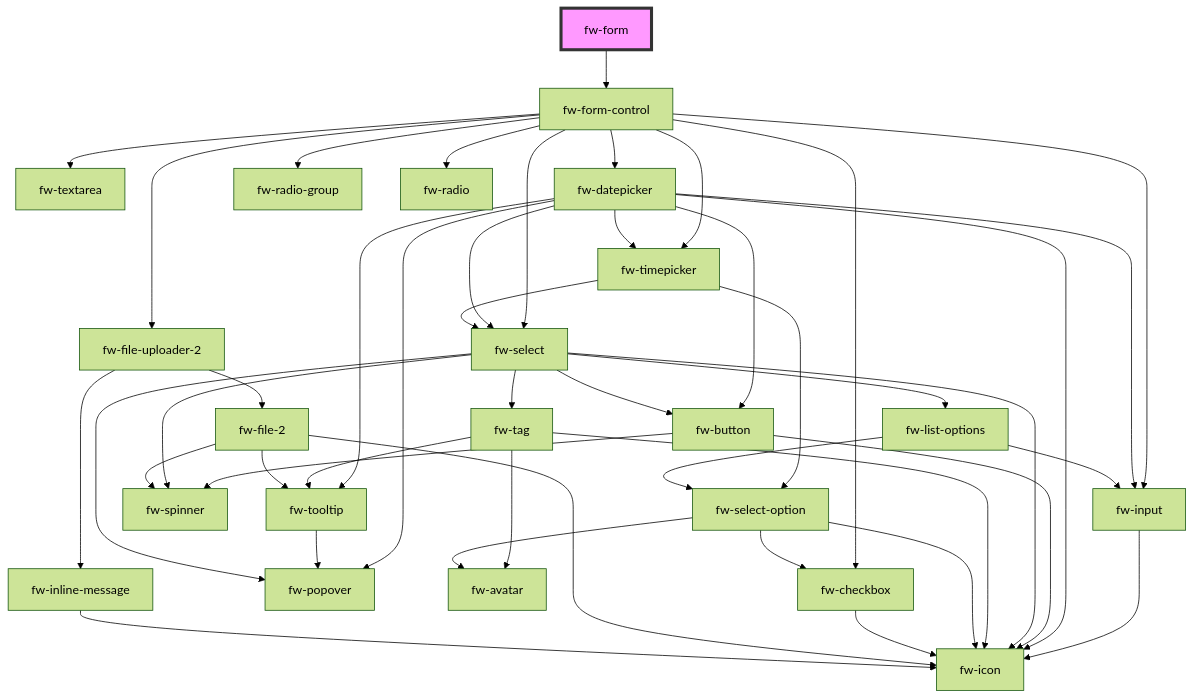
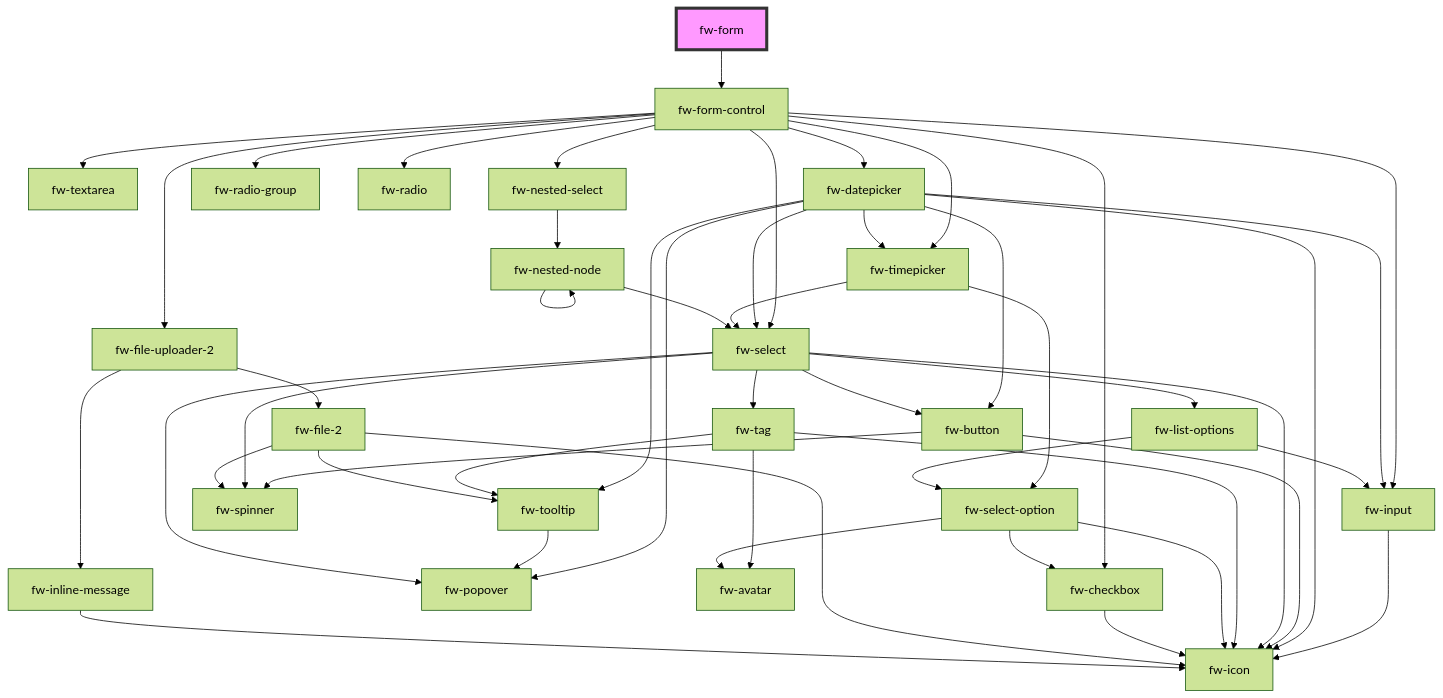
One commit to freshworks/crayons changed the diagram in packages/crayons-core/src/components/form/readme.md. Above: the diagram before and after it, drawn with Mermaid (forest theme). The commit also changed 6 other files, not shown here.

Commit message:
feat: nested select field for dependent dropdown changes

````diff
--- a/packages/crayons-core/src/components/form/readme.md
+++ b/packages/crayons-core/src/components/form/readme.md
@@ -3250,48 +3250,52 @@
 ```mermaid
 graph TD;
   fw-form --> fw-form-control
   fw-form-control --> fw-input
   fw-form-control --> fw-textarea
   fw-form-control --> fw-datepicker
   fw-form-control --> fw-checkbox
   fw-form-control --> fw-radio-group
   fw-form-control --> fw-radio
   fw-form-control --> fw-select
   fw-form-control --> fw-timepicker
   fw-form-control --> fw-file-uploader-2
+  fw-form-control --> fw-nested-select
   fw-input --> fw-icon
   fw-datepicker --> fw-tooltip
   fw-datepicker --> fw-icon
   fw-datepicker --> fw-button
   fw-datepicker --> fw-input
   fw-datepicker --> fw-timepicker
   fw-datepicker --> fw-popover
   fw-datepicker --> fw-select
   fw-tooltip --> fw-popover
   fw-button --> fw-spinner
   fw-button --> fw-icon
   fw-timepicker --> fw-select
   fw-timepicker --> fw-select-option
   fw-select --> fw-tag
   fw-select --> fw-popover
   fw-select --> fw-button
   fw-select --> fw-spinner
   fw-select --> fw-icon
   fw-select --> fw-list-options
   fw-tag --> fw-tooltip
   fw-tag --> fw-avatar
   fw-tag --> fw-icon
   fw-list-options --> fw-select-option
   fw-list-options --> fw-input
   fw-select-option --> fw-icon
   fw-select-option --> fw-checkbox
   fw-select-option --> fw-avatar
   fw-checkbox --> fw-icon
   fw-file-uploader-2 --> fw-file-2
   fw-file-uploader-2 --> fw-inline-message
   fw-file-2 --> fw-icon
   fw-file-2 --> fw-tooltip
   fw-file-2 --> fw-spinner
   fw-inline-message --> fw-icon
+  fw-nested-select --> fw-nested-node
+  fw-nested-node --> fw-nested-node
+  fw-nested-node --> fw-select
   style fw-form fill:#f9f,stroke:#333,stroke-width:4px
 ```
````
